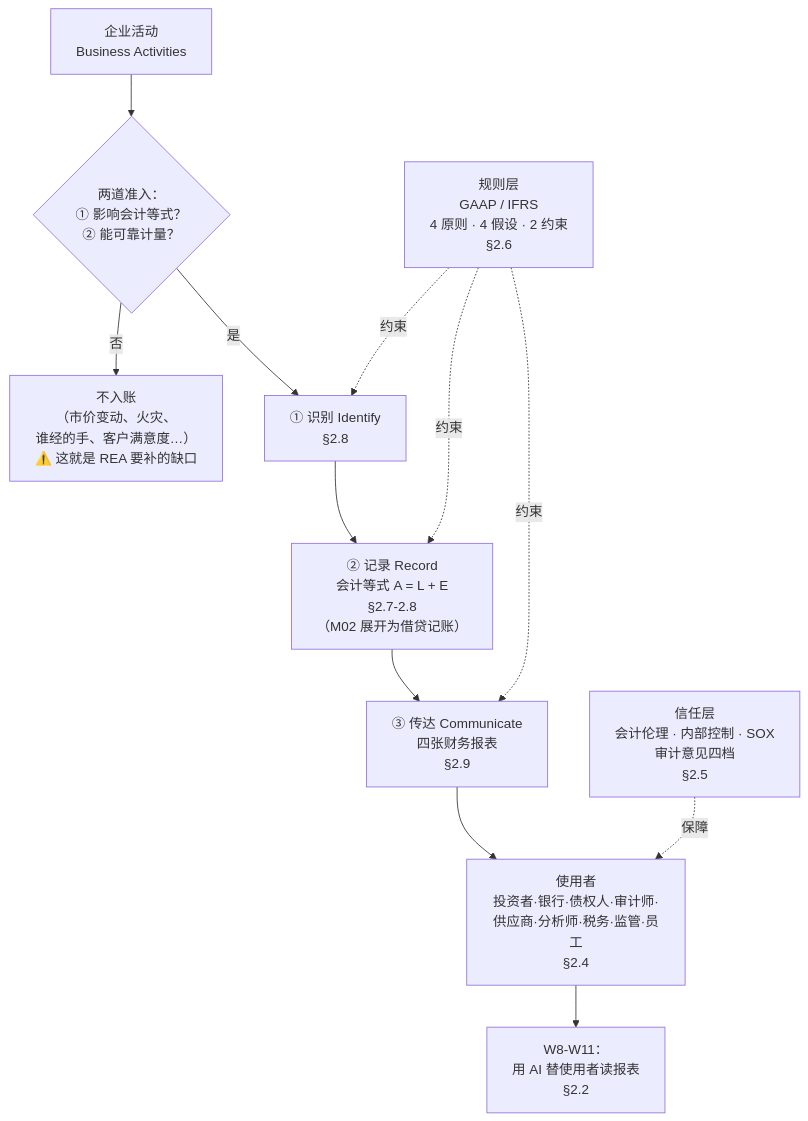
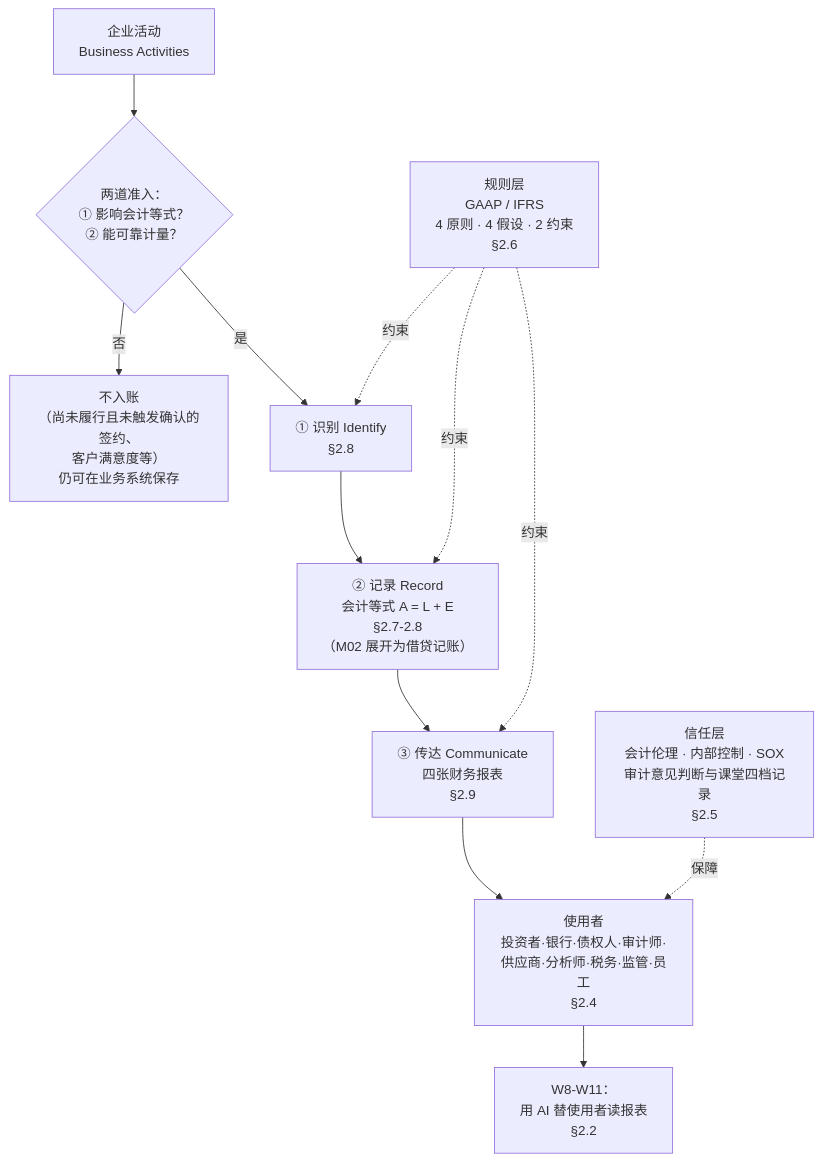
One commit to CercaTrovato/cityu-ai-course-notes changed the eighth of 10 diagrams in AC6761_Artificial_Intelligence_Accounting/notes/M01-会计与商业.md. Above: the diagram before and after it, drawn with Mermaid. The commit also changed other lines of this file and 116 other files, not shown here.

````diff
--- a/AC6761_Artificial_Intelligence_Accounting/notes/M01-会计与商业.md
+++ b/AC6761_Artificial_Intelligence_Accounting/notes/M01-会计与商业.md
@@ -1572,15 +1828,15 @@
 ```mermaid
 flowchart TD
     BIZ["企业活动<br/>Business Activities"] --> GATE{"两道准入：<br/>① 影响会计等式？<br/>② 能可靠计量？"}
-    GATE -->|否| OUT["不入账<br/>（市价变动、火灾、<br/>谁经的手、客户满意度…）<br/>⚠️ 这就是 REA 要补的缺口"]
+    GATE -->|否| OUT["不入账<br/>（尚未履行且未触发确认的签约、<br/>客户满意度等）<br/>仍可在业务系统保存"]
     GATE -->|是| ID["① 识别 Identify<br/>§2.8"]
     ID --> REC["② 记录 Record<br/>会计等式 A = L + E<br/>§2.7-2.8<br/>（M02 展开为借贷记账）"]
     REC --> COM["③ 传达 Communicate<br/>四张财务报表<br/>§2.9"]
     COM --> USERS["使用者<br/>投资者·银行·债权人·审计师·<br/>供应商·分析师·税务·监管·员工<br/>§2.4"]
 
     RULES["规则层<br/>GAAP / IFRS<br/>4 原则 · 4 假设 · 2 约束<br/>§2.6"] -.约束.-> ID
     RULES -.约束.-> REC
     RULES -.约束.-> COM
-    ETH["信任层<br/>会计伦理 · 内部控制 · SOX<br/>审计意见四档<br/>§2.5"] -.保障.-> USERS
+    ETH["信任层<br/>会计伦理 · 内部控制 · SOX<br/>审计意见判断与课堂四档记录<br/>§2.5"] -.保障.-> USERS
     USERS --> AI["W8-W11：<br/>用 AI 替使用者读报表<br/>§2.2"]
 ```
````
